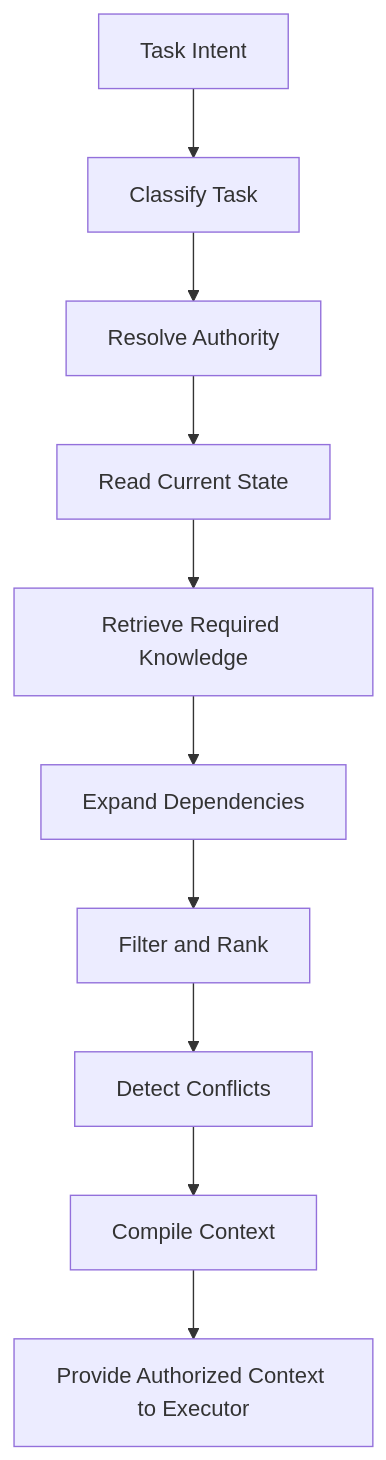
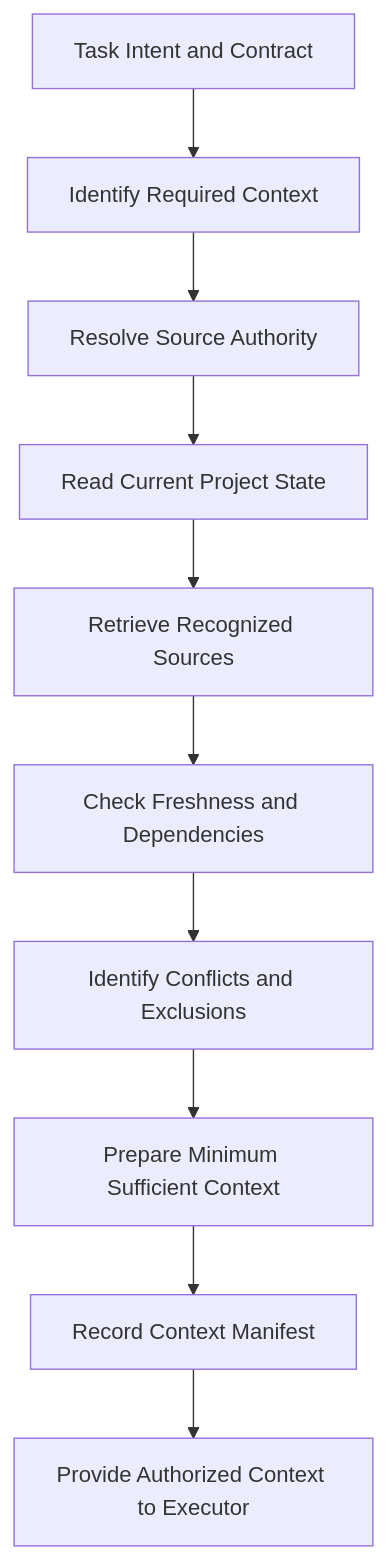
The third of 4 diagrams in docs/architecture.md (donghp/beyond-vibe-coding), drawn with Mermaid before and after one commit. The commit also changed other lines of this file, not shown here.

````diff
--- a/docs/architecture.md
+++ b/docs/architecture.md
@@ -103,12 +186,12 @@
 ```mermaid
 flowchart TD
-    A["Task Intent"] --> B["Classify Task"]
-    B --> C["Resolve Authority"]
-    C --> D["Read Current State"]
-    D --> E["Retrieve Required Knowledge"]
-    E --> F["Expand Dependencies"]
-    F --> G["Filter and Rank"]
-    G --> H["Detect Conflicts"]
-    H --> I["Compile Context"]
+    A["Task Intent and Contract"] --> B["Identify Required Context"]
+    B --> C["Resolve Source Authority"]
+    C --> D["Read Current Project State"]
+    D --> E["Retrieve Recognized Sources"]
+    E --> F["Check Freshness and Dependencies"]
+    F --> G["Identify Conflicts and Exclusions"]
+    G --> H["Prepare Minimum Sufficient Context"]
+    H --> I["Record Context Manifest"]
     I --> J["Provide Authorized Context to Executor"]
 ```
````
